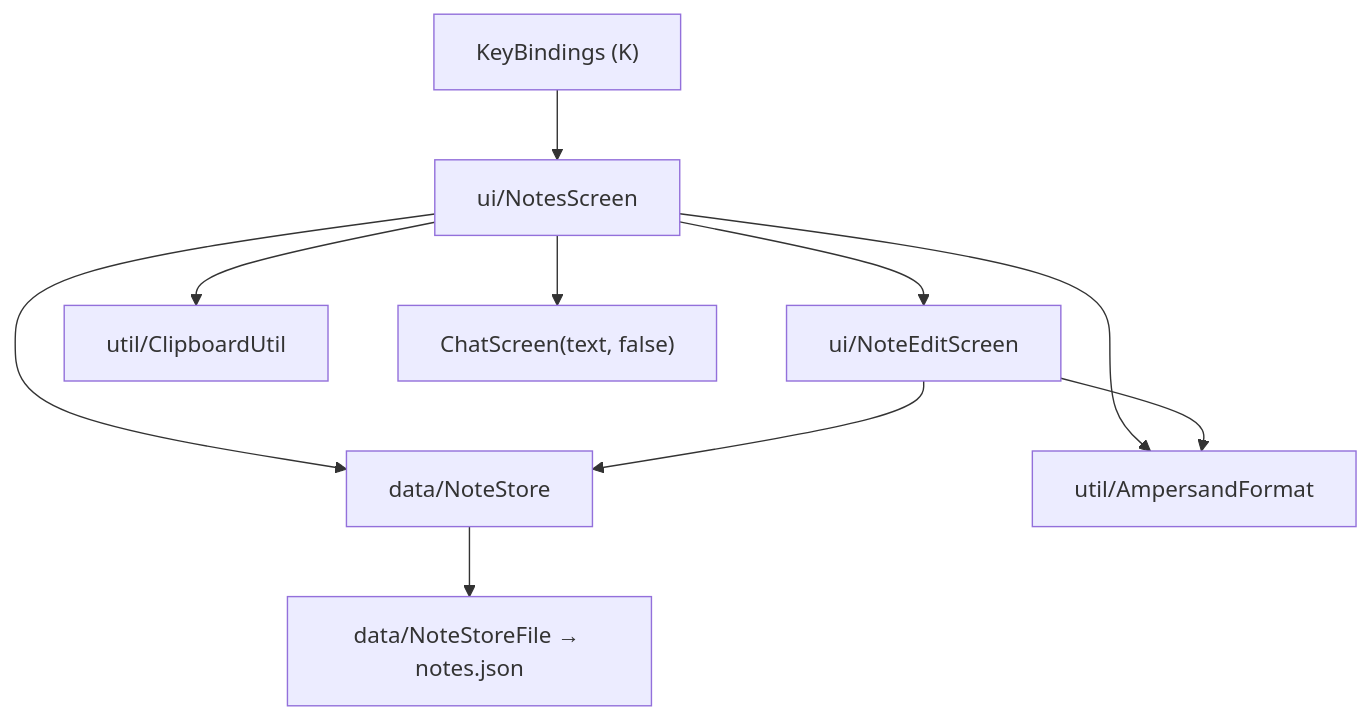
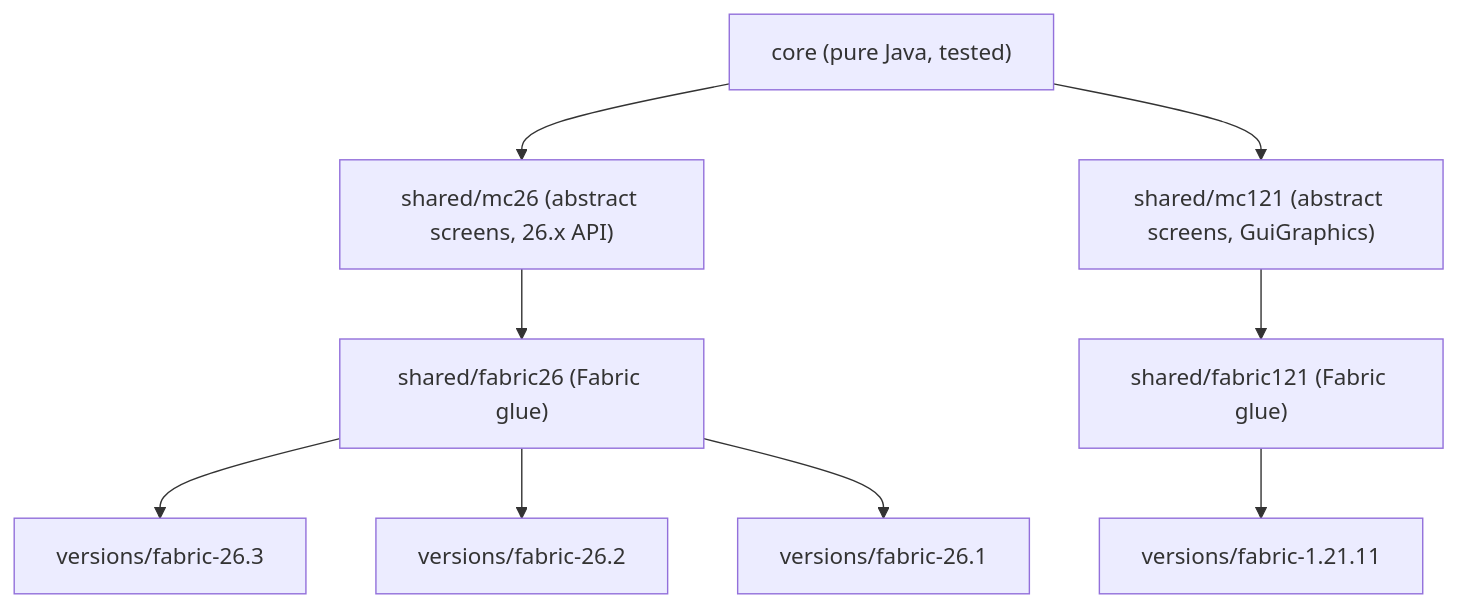
One commit to imjpfeliciano/minecraft-chat-notes changed the diagram in docs/ARCHITECTURE.md. Above: the diagram before and after it, drawn with Mermaid. The commit also changed other lines of this file and 3 other files, not shown here.

Commit message:
docs: describe the module graph and how to add a version

````diff
--- a/docs/ARCHITECTURE.md
+++ b/docs/ARCHITECTURE.md
@@ -45,12 +48,21 @@
 ```mermaid
 flowchart TB
-    Key["KeyBindings (K)"] --> Notes["ui/NotesScreen"]
-    Notes --> Edit["ui/NoteEditScreen"]
-    Notes --> Copy["util/ClipboardUtil"]
-    Notes --> Use["ChatScreen(text, false)"]
-    Notes --> Store["data/NoteStore"]
-    Edit --> Store
-    Notes --> Preview["util/AmpersandFormat"]
-    Edit --> Preview
-    Store --> File["data/NoteStoreFile → notes.json"]
+    Core["core (pure Java, tested)"]
+    MC26["shared/mc26 (abstract screens, 26.x API)"]
+    MC121["shared/mc121 (abstract screens, GuiGraphics)"]
+    Fab26["shared/fabric26 (Fabric glue)"]
+    Fab121["shared/fabric121 (Fabric glue)"]
+    V263["versions/fabric-26.3"]
+    V262["versions/fabric-26.2"]
+    V261["versions/fabric-26.1"]
+    V121["versions/fabric-1.21.11"]
+
+    Core --> MC26
+    Core --> MC121
+    MC26 --> Fab26
+    MC121 --> Fab121
+    Fab26 --> V263
+    Fab26 --> V262
+    Fab26 --> V261
+    Fab121 --> V121
 ```
````
